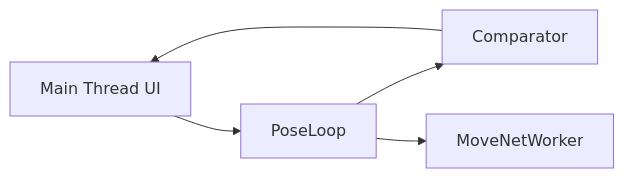
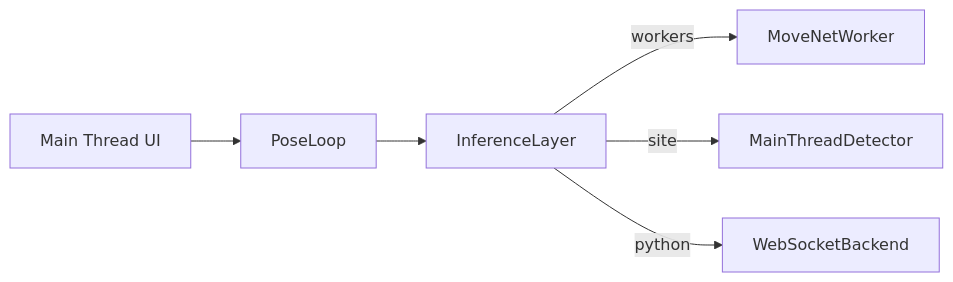
One commit to egxn/kinkagami changed the third of 4 diagrams in ARCHITECTURE.md. Above: the diagram before and after it, drawn with Mermaid. The commit also changed other lines of this file and 134 other files, not shown here.

Commit message:
0.0.10 Multiple backend Python TFLITE | TFJS

````diff
--- a/ARCHITECTURE.md
+++ b/ARCHITECTURE.md
@@ -42,7 +93,8 @@
 ```mermaid
 graph LR
   UI[Main Thread UI] --> PoseLoop
-  PoseLoop --> Comparator
-  Comparator --> UI
-  PoseLoop --> MoveNetWorker
+  PoseLoop --> InferenceLayer
+  InferenceLayer --> |workers| MoveNetWorker
+  InferenceLayer --> |site| MainThreadDetector
+  InferenceLayer --> |python| WebSocketBackend
 ```
````
